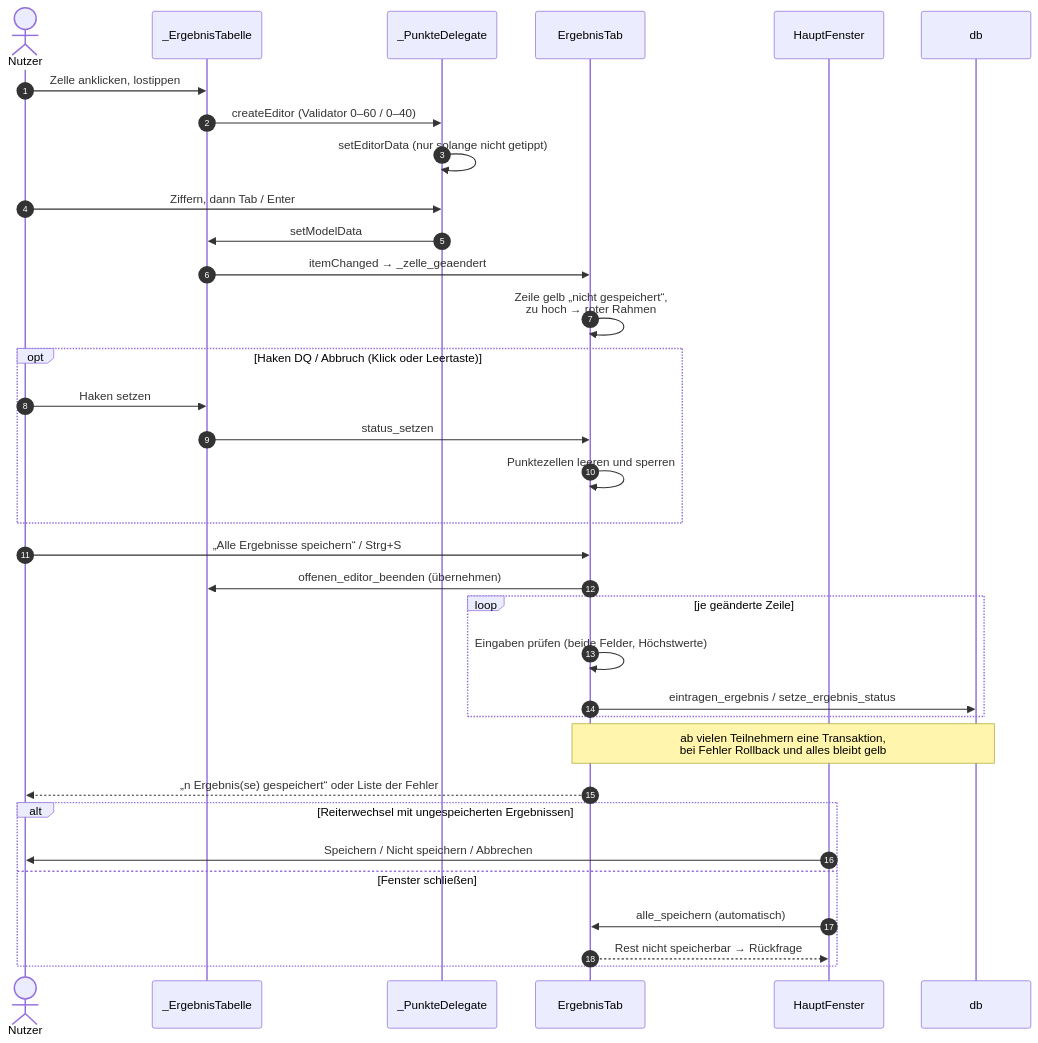
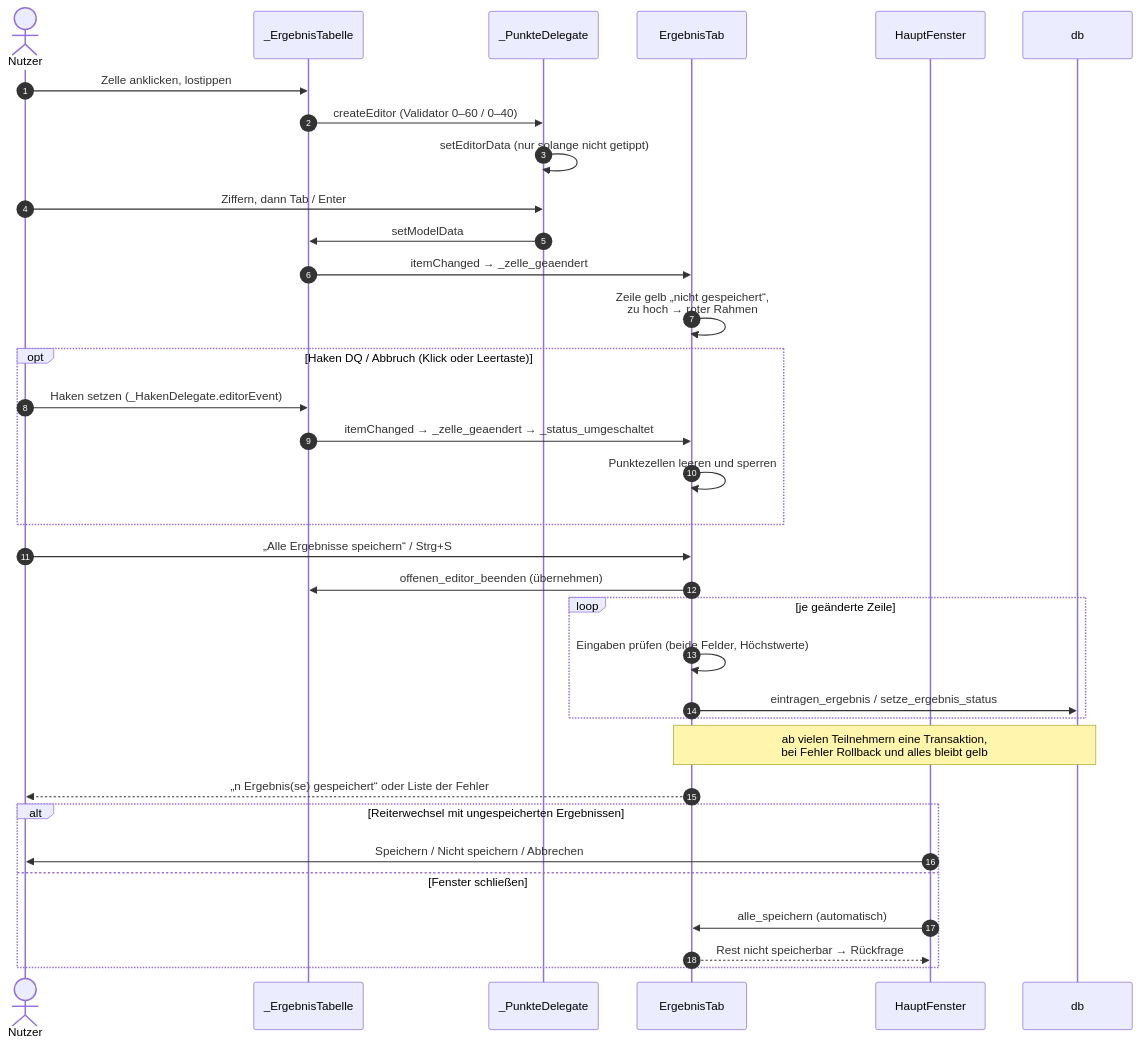
One commit to mbruver-source/SHS changed the eighth of 13 diagrams in UML.md. Above: the diagram before and after it, drawn with Mermaid. The commit also changed 8 other files, not shown here.

````diff
--- a/UML.md
+++ b/UML.md
@@ -404,38 +404,38 @@
 ```mermaid
 sequenceDiagram
     autonumber
     actor N as Nutzer
     participant TB as _ErgebnisTabelle
     participant DG as _PunkteDelegate
     participant E as ErgebnisTab
     participant H as HauptFenster
     participant D as db
 
     N->>TB: Zelle anklicken, lostippen
     TB->>DG: createEditor (Validator 0–60 / 0–40)
     DG->>DG: setEditorData (nur solange nicht getippt)
     N->>DG: Ziffern, dann Tab / Enter
     DG->>TB: setModelData
     TB->>E: itemChanged → _zelle_geaendert
     E->>E: Zeile gelb „nicht gespeichert“,<br/>zu hoch → roter Rahmen
     opt Haken DQ / Abbruch (Klick oder Leertaste)
-        N->>TB: Haken setzen
-        TB->>E: status_setzen
+        N->>TB: Haken setzen (_HakenDelegate.editorEvent)
+        TB->>E: itemChanged → _zelle_geaendert → _status_umgeschaltet
         E->>E: Punktezellen leeren und sperren
     end
     N->>E: „Alle Ergebnisse speichern“ / Strg+S
     E->>TB: offenen_editor_beenden (übernehmen)
     loop je geänderte Zeile
         E->>E: Eingaben prüfen (beide Felder, Höchstwerte)
         E->>D: eintragen_ergebnis / setze_ergebnis_status
     end
     Note over E,D: ab vielen Teilnehmern eine Transaktion,<br/>bei Fehler Rollback und alles bleibt gelb
     E-->>N: „n Ergebnis(se) gespeichert“ oder Liste der Fehler
 
     alt Reiterwechsel mit ungespeicherten Ergebnissen
         H->>N: Speichern / Nicht speichern / Abbrechen
     else Fenster schließen
         H->>E: alle_speichern (automatisch)
         E-->>H: Rest nicht speicherbar → Rückfrage
     end
 ```
````
